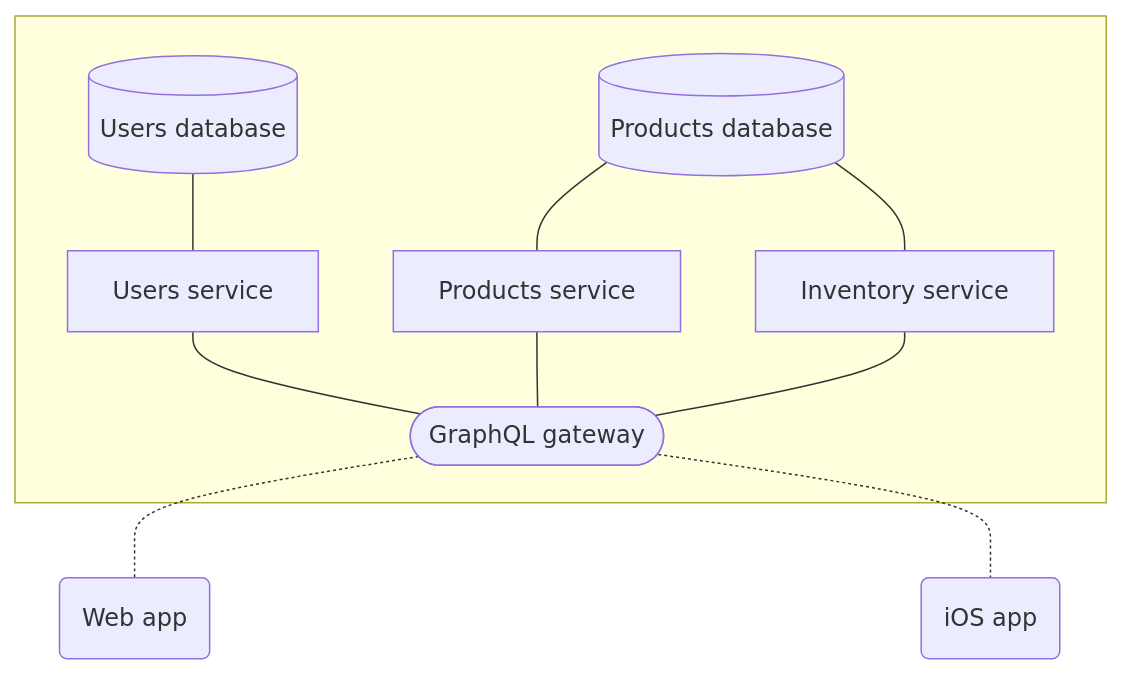
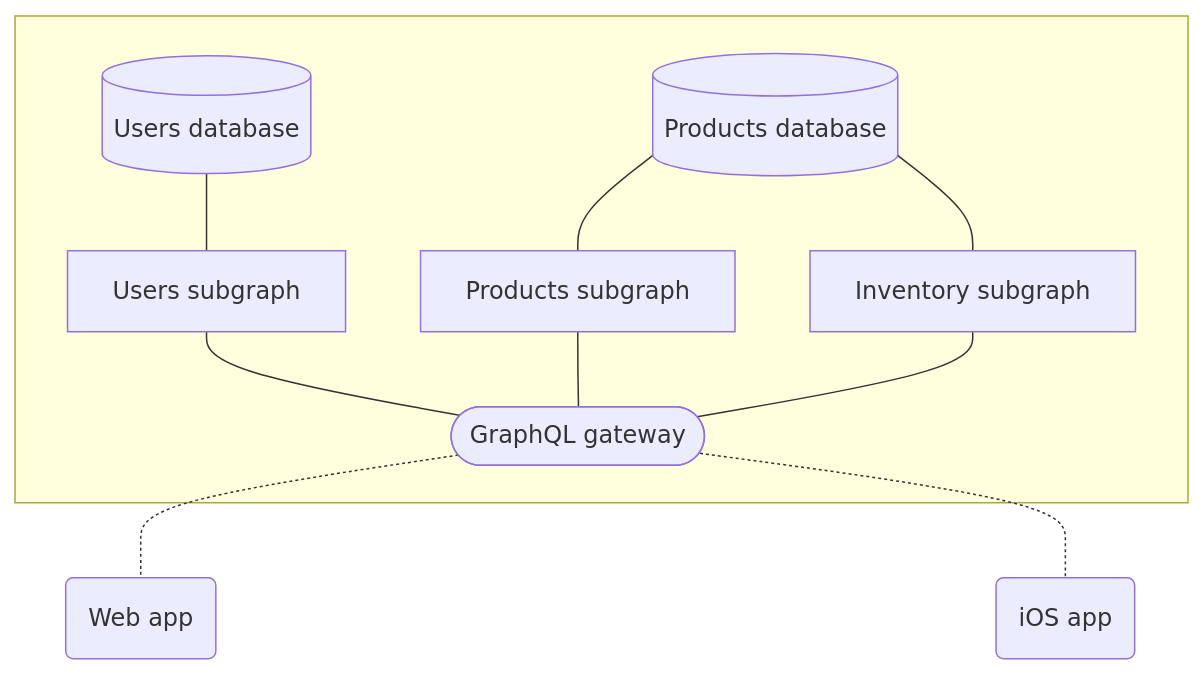
Before and after one commit to apollographql/apollo: the second of 2 diagrams in docs/source/intro/platform.md, drawn with Mermaid. The commit also changed other lines of this file, not shown here.

Commit message:
Replace 'implementing service' with 'subgraph'

````diff
--- a/docs/source/intro/platform.md
+++ b/docs/source/intro/platform.md
@@ -114,18 +114,18 @@
 ```mermaid
 graph TB;
   subgraph " "
   userdb[(Users database)];
   productdb[(Products database)];
   gateway([GraphQL gateway]);
-  serviceA[Users service];
-  serviceB[Products service];
-  serviceC[Inventory service];
+  serviceA[Users subgraph];
+  serviceB[Products subgraph];
+  serviceC[Inventory subgraph];
   end
   webapp(Web app);
   iosapp(iOS app);
   userdb --- serviceA;
   productdb --- serviceB & serviceC;
   gateway -.- webapp & iosapp;
   serviceA & serviceB & serviceC --- gateway;
   class webapp,iosapp secondary;
 ```
````
